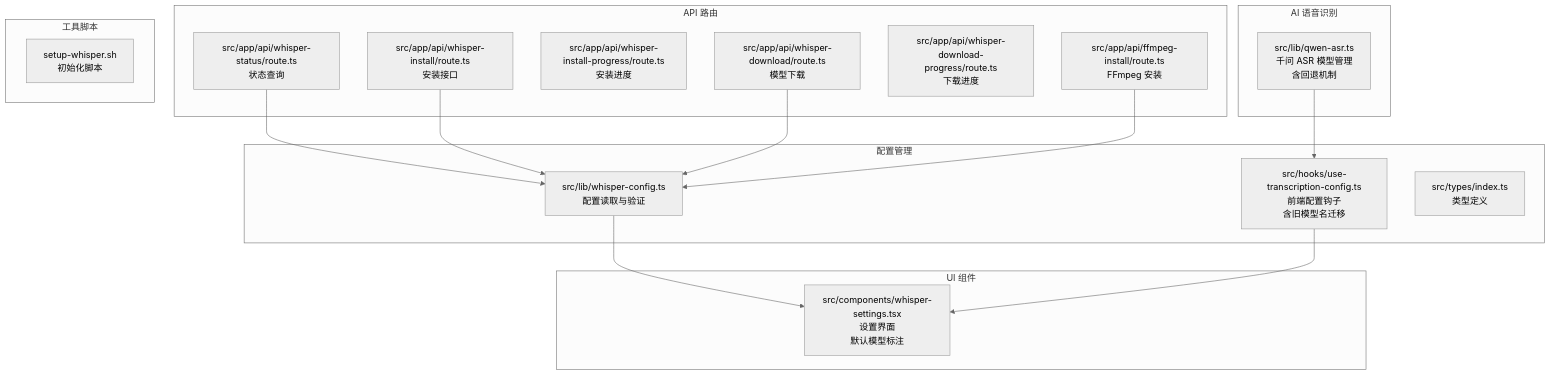
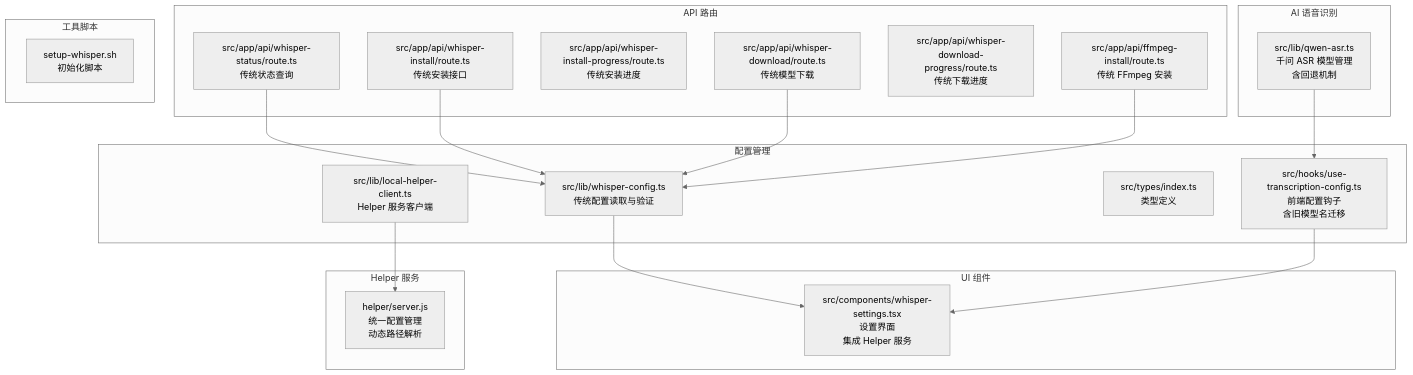
Before and after one commit to clawbotai/memo-flow: the first of 9 diagrams in .qoder/repowiki/zh/content/Whisper Configuration.md, drawn with Mermaid (neutral theme). The commit also changed other lines of this file and 5 other files, not shown here.

````diff
--- a/.qoder/repowiki/zh/content/Whisper Configuration.md
+++ b/.qoder/repowiki/zh/content/Whisper Configuration.md
@@ -50,32 +56,37 @@
 ```mermaid
 graph TB
 subgraph "配置管理"
-WC[src/lib/whisper-config.ts<br/>配置读取与验证]
+WC[src/lib/whisper-config.ts<br/>传统配置读取与验证]
 UT[src/hooks/use-transcription-config.ts<br/>前端配置钩子<br/>含旧模型名迁移]
 TS[src/types/index.ts<br/>类型定义]
+LHC[src/lib/local-helper-client.ts<br/>Helper 服务客户端]
 end
 subgraph "AI 语音识别"
 QASR[src/lib/qwen-asr.ts<br/>千问 ASR 模型管理<br/>含回退机制]
 end
 subgraph "UI 组件"
-WS[src/components/whisper-settings.tsx<br/>设置界面<br/>默认模型标注]
+WS[src/components/whisper-settings.tsx<br/>设置界面<br/>集成 Helper 服务]
+end
+subgraph "Helper 服务"
+HS[helper/server.js<br/>统一配置管理<br/>动态路径解析]
 end
 subgraph "API 路由"
-WS_API[src/app/api/whisper-status/route.ts<br/>状态查询]
-WI_API[src/app/api/whisper-install/route.ts<br/>安装接口]
-WIP_API[src/app/api/whisper-install-progress/route.ts<br/>安装进度]
-WD_API[src/app/api/whisper-download/route.ts<br/>模型下载]
-WDP_API[src/app/api/whisper-download-progress/route.ts<br/>下载进度]
-FI_API[src/app/api/ffmpeg-install/route.ts<br/>FFmpeg 安装]
+WS_API[src/app/api/whisper-status/route.ts<br/>传统状态查询]
+WI_API[src/app/api/whisper-install/route.ts<br/>传统安装接口]
+WIP_API[src/app/api/whisper-install-progress/route.ts<br/>传统安装进度]
+WD_API[src/app/api/whisper-download/route.ts<br/>传统模型下载]
+WDP_API[src/app/api/whisper-download-progress/route.ts<br/>传统下载进度]
+FI_API[src/app/api/ffmpeg-install/route.ts<br/>传统 FFmpeg 安装]
 end
 subgraph "工具脚本"
 SH[setup-whisper.sh<br/>初始化脚本]
 end
 WC --> WS
 UT --> WS
 WS_API --> WC
 WI_API --> WC
 WD_API --> WC
 FI_API --> WC
 QASR --> UT
+LHC --> HS
 ```
````
